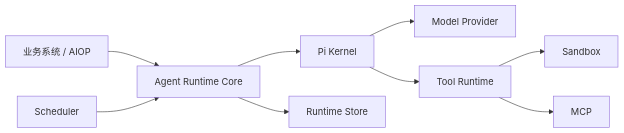
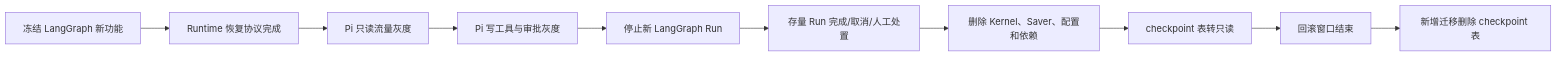
Before and after one commit to Wpxknight/agentdemo: the fourth of 5 diagrams in docs/design/12-pi-integration-plan.md, drawn with Mermaid. The commit also changed other lines of this file and 5 other files, not shown here.

````diff
--- a/docs/design/12-pi-integration-plan.md
+++ b/docs/design/12-pi-integration-plan.md
@@ -40,21 +287,12 @@
 ```mermaid
 flowchart LR
-  Product[业务系统 / AIOP]
-  Scheduler[Scheduler]
-  Runtime[Agent Runtime Core]
-  Kernel[Pi Kernel]
-  Model[Model Provider]
-  Tool[Tool Runtime]
-  Sandbox[Sandbox]
-  MCP[MCP]
-  Store[Runtime Store]
-
-  Product --> Runtime
-  Scheduler --> Runtime
-  Runtime --> Store
-  Runtime --> Kernel
-  Kernel --> Model
-  Kernel --> Tool
-  Tool --> Sandbox
-  Tool --> MCP
+    A[冻结 LangGraph 新功能] --> B[Runtime 恢复协议完成]
+    B --> C[Pi 只读流量灰度]
+    C --> D[Pi 写工具与审批灰度]
+    D --> E[停止新 LangGraph Run]
+    E --> F[存量 Run 完成/取消/人工处置]
+    F --> G[删除 Kernel、Saver、配置和依赖]
+    G --> H[checkpoint 表转只读]
+    H --> I[回滚窗口结束]
+    I --> J[新增迁移删除 checkpoint 表]
 ```
````
